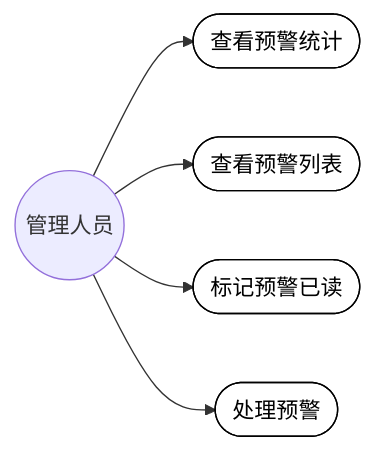
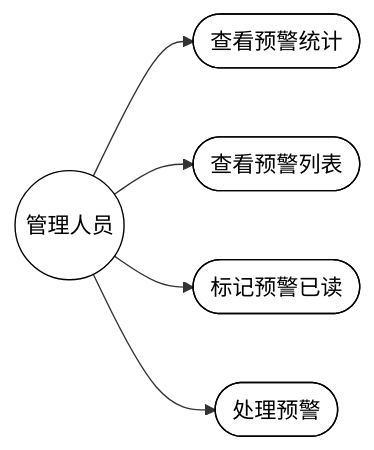
The fifth of 24 diagrams in docs/功能需求分析与用例图.md (carl-Tu/campus-management), drawn with Mermaid before and after one commit. The commit also changed other lines of this file, not shown here.

Commit message:
fix：图形统一白色背景黑色边框，样式覆盖全部节点

````diff
--- a/docs/功能需求分析与用例图.md
+++ b/docs/功能需求分析与用例图.md
@@ -126,16 +126,16 @@
 ```mermaid
 flowchart LR
   Manager(("管理人员"))
   UC1(["查看预警统计"])
   UC2(["查看预警列表"])
   UC3(["标记预警已读"])
   UC4(["处理预警"])
 
   Manager --> UC1
   Manager --> UC2
   Manager --> UC3
   Manager --> UC4
 
   classDef uc fill:#ffffff,stroke:#000000,stroke-width:1px,color:#000000
-  class UC1,UC2,UC3,UC4 uc
+  class Manager,UC1,UC2,UC3,UC4 uc
 ```
````
